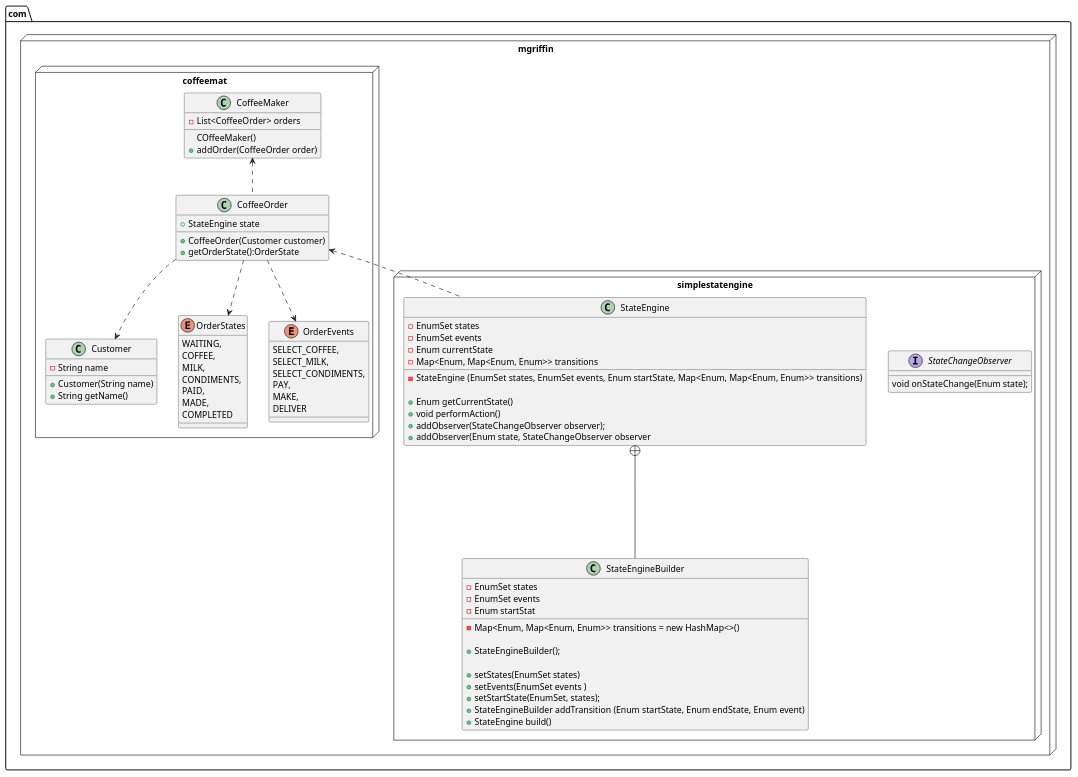
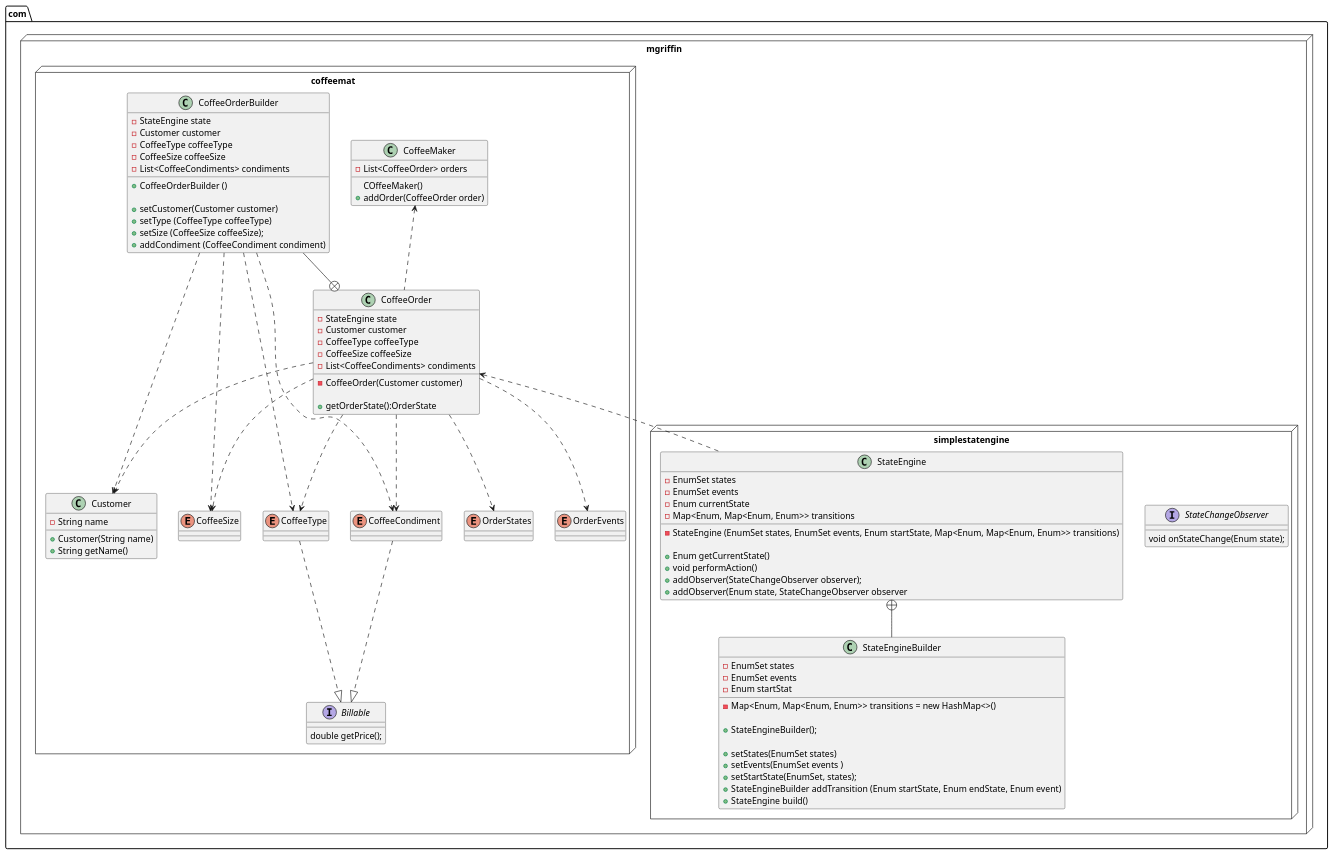
One commit to mdgriffin/Design-Patterns changed the diagram in class_diagram.pu. Above: the diagram before and after it, drawn with PlantUML. The commit also changed 7 other files, not shown here.

First line of the commit message:
Added Coffee Size, Type and Condiments to order

```diff
--- a/class_diagram.pu
+++ b/class_diagram.pu
@@ -1,90 +1,115 @@
 @startuml
 package com.mgriffin <<Node>> {
 
 package simplestatengine <<Node>> {
 
 Interface StateChangeObserver {
     void onStateChange(Enum state);
 }
 
 Class StateEngine {
     -EnumSet states
     -EnumSet events
     -Enum currentState
     -Map<Enum, Map<Enum, Enum>> transitions
 
     -StateEngine (EnumSet states, EnumSet events, Enum startState, Map<Enum, Map<Enum, Enum>> transitions)
 
     +Enum getCurrentState()
     +void performAction()
     +addObserver(StateChangeObserver observer);
     +addObserver(Enum state, StateChangeObserver observer
 }
 
 class StateEngineBuilder {
     -EnumSet states
     -EnumSet events
     -Enum startStat
     -Map<Enum, Map<Enum, Enum>> transitions = new HashMap<>()
 
     +StateEngineBuilder();
 
     +setStates(EnumSet states)
     +setEvents(EnumSet events )
     +setStartState(EnumSet, states);
     +StateEngineBuilder addTransition (Enum startState, Enum endState, Enum event)
     +StateEngine build()
 }
 
-StateEngine+----StateEngineBuilder
+StateEngine+--StateEngineBuilder
 
 }
 
 package coffeemat <<Node>> {
     class CoffeeMaker {
         -List<CoffeeOrder> orders
         COffeeMaker()
         +addOrder(CoffeeOrder order)
     }
 
     class CoffeeOrder {
-        +StateEngine state
-        +CoffeeOrder(Customer customer)
+        -StateEngine state
+        -Customer customer
+        -CoffeeType coffeeType
+        -CoffeeSize coffeeSize
+        -List<CoffeeCondiments> condiments
+
+        -CoffeeOrder(Customer customer)
+
         +getOrderState():OrderState
+    }
 
+    class CoffeeOrderBuilder {
+        -StateEngine state
+        -Customer customer
+        -CoffeeType coffeeType
+        -CoffeeSize coffeeSize
+        -List<CoffeeCondiments> condiments
+
+        +CoffeeOrderBuilder ()
+
+        +setCustomer(Customer customer)
+        +setType (CoffeeType coffeeType)
+        +setSize (CoffeeSize coffeeSize);
+        +addCondiment (CoffeeCondiment condiment)
     }
 
     class Customer {
         -String name
         +Customer(String name)
         +String getName()
     }
 
-    enum OrderStates {
-        WAITING,
-        COFFEE,
-        MILK,
-        CONDIMENTS,
-        PAID,
-        MADE,
-        COMPLETED
+    enum OrderStates
+
+    enum OrderEvents
+
+    interface Billable {
+        double getPrice();
     }
 
-    enum OrderEvents {
-        SELECT_COFFEE,
-        SELECT_MILK,
-        SELECT_CONDIMENTS,
-        PAY,
-        MAKE,
-        DELIVER
-    }
+    enum CoffeeSize
+
+    enum CoffeeType
+
+    enum CoffeeCondiment
 
     CoffeeMaker <.. CoffeeOrder
     CoffeeOrder ..> Customer
+    CoffeeOrder ..> CoffeeType
+    CoffeeOrder ..> CoffeeSize
+    CoffeeOrder ..> CoffeeCondiment
     CoffeeOrder ..> OrderStates
     CoffeeOrder ..> OrderEvents
     CoffeeOrder <.. StateEngine
+    CoffeeOrderBuilder ..> Customer
+    CoffeeOrderBuilder ..> CoffeeType
+    CoffeeOrderBuilder ..> CoffeeSize
+    CoffeeOrderBuilder ..> CoffeeCondiment
+    CoffeeType ..|> Billable
+    CoffeeCondiment ..|> Billable
+    CoffeeOrderBuilder --+ CoffeeOrder
 }
 
 }
 @enduml
```
